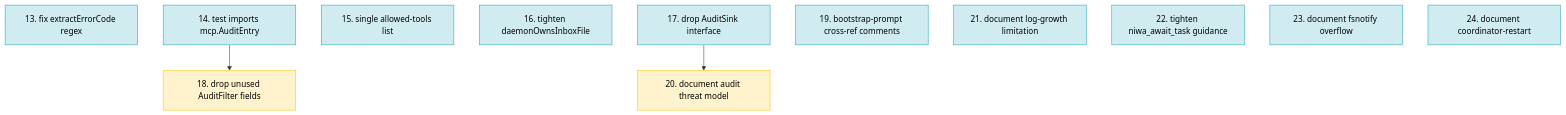
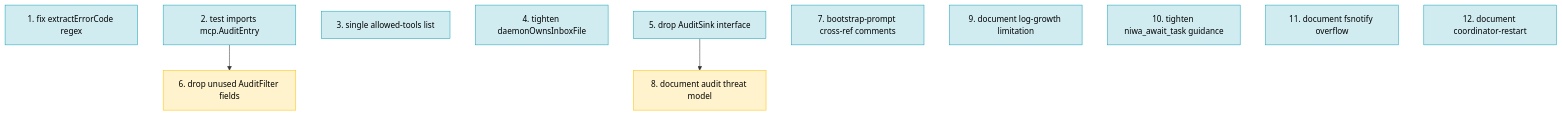
Before and after one commit to tsukumogami/niwa: the diagram in docs/plans/PLAN-cross-session-communication.md, drawn with Mermaid. The commit also changed other lines of this file, not shown here.

````diff
--- a/docs/plans/PLAN-cross-session-communication.md
+++ b/docs/plans/PLAN-cross-session-communication.md
@@ -862,22 +402,21 @@
 ```mermaid
 graph TD
-    I13["13. fix extractErrorCode regex"]:::ready
-    I14["14. test imports mcp.AuditEntry"]:::ready
-    I15["15. single allowed-tools list"]:::ready
-    I16["16. tighten daemonOwnsInboxFile"]:::ready
-    I17["17. drop AuditSink interface"]:::ready
-    I18["18. drop unused AuditFilter fields"]:::blocked
-    I19["19. bootstrap-prompt cross-ref comments"]:::ready
-    I20["20. document audit threat model"]:::blocked
-    I21["21. document log-growth limitation"]:::ready
-    I22["22. tighten niwa_await_task guidance"]:::ready
-    I23["23. document fsnotify overflow"]:::ready
-    I24["24. document coordinator-restart"]:::ready
+    I1["1. fix extractErrorCode regex"]:::ready
+    I2["2. test imports mcp.AuditEntry"]:::ready
+    I3["3. single allowed-tools list"]:::ready
+    I4["4. tighten daemonOwnsInboxFile"]:::ready
+    I5["5. drop AuditSink interface"]:::ready
+    I6["6. drop unused AuditFilter fields"]:::blocked
+    I7["7. bootstrap-prompt cross-ref comments"]:::ready
+    I8["8. document audit threat model"]:::blocked
+    I9["9. document log-growth limitation"]:::ready
+    I10["10. tighten niwa_await_task guidance"]:::ready
+    I11["11. document fsnotify overflow"]:::ready
+    I12["12. document coordinator-restart"]:::ready
 
-    I14 --> I18
-    I17 --> I20
+    I2 --> I6
+    I5 --> I8
 
-    classDef done fill:#d4edda,stroke:#28a745,color:#000
     classDef ready fill:#d1ecf1,stroke:#17a2b8,color:#000
     classDef blocked fill:#fff3cd,stroke:#ffc107,color:#000
 ```
````
